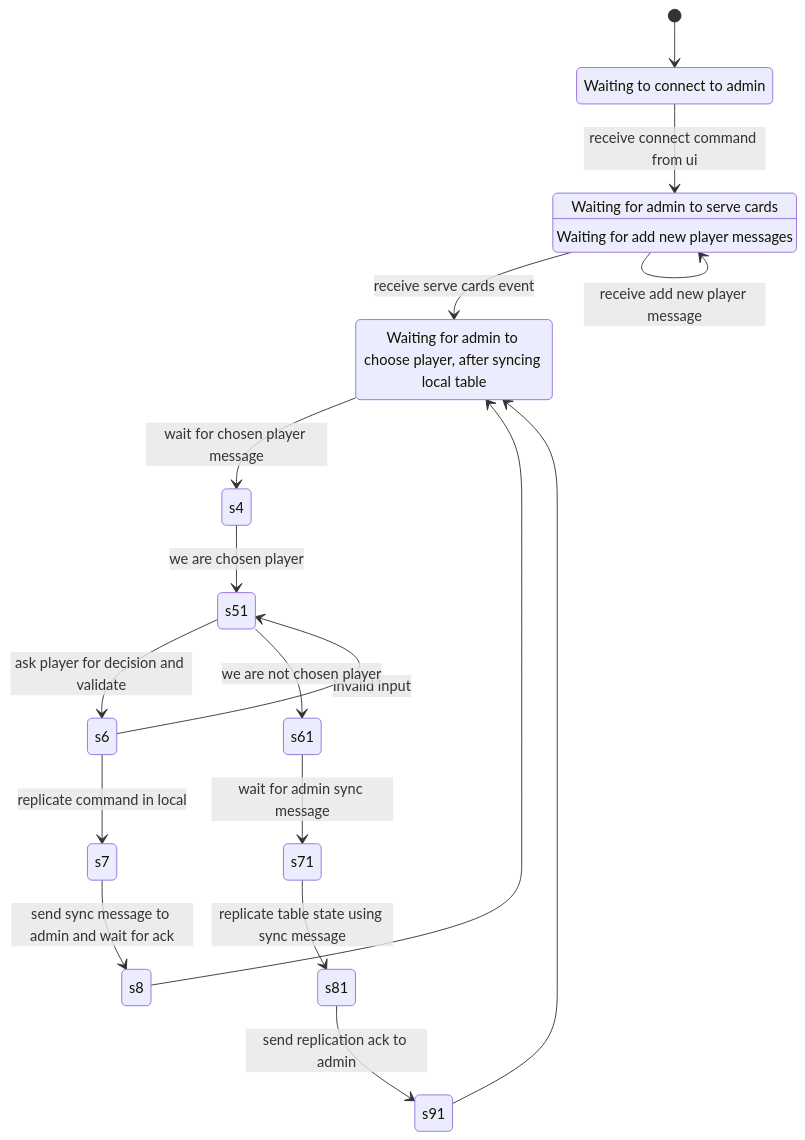
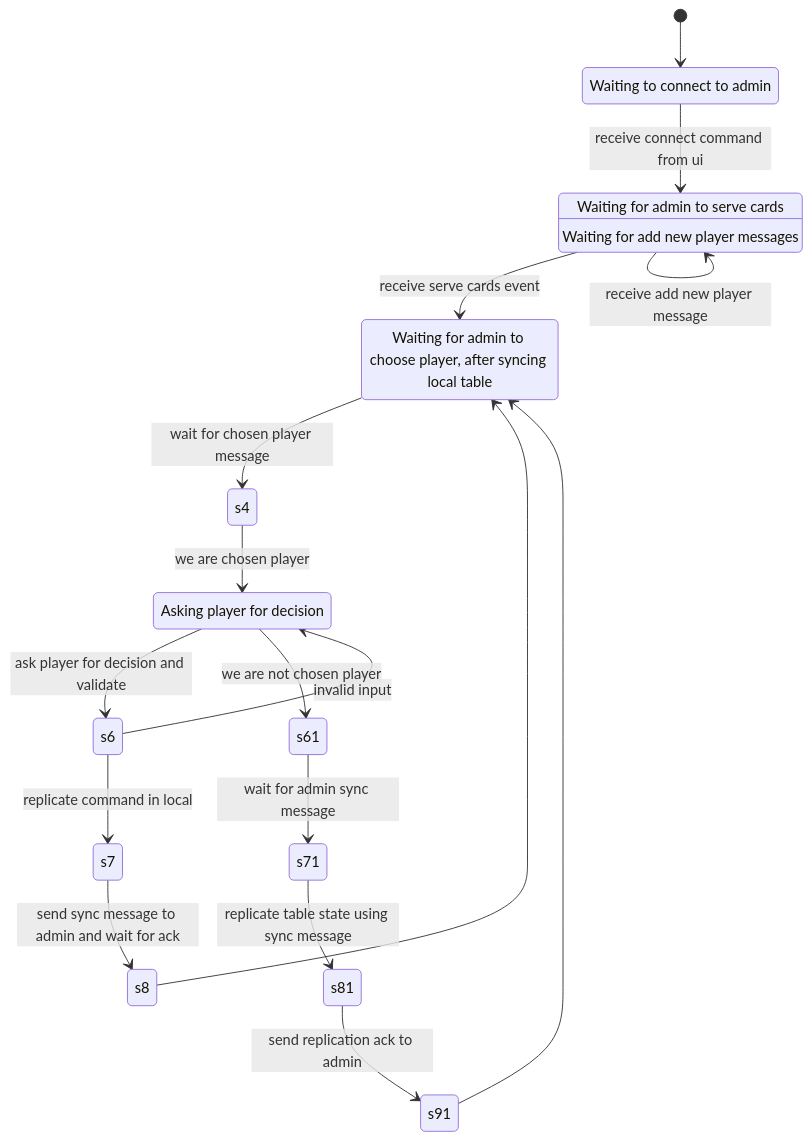
One commit to nrawrx3/uknow changed the second of 2 diagrams in design.md. Above: the diagram before and after it, drawn with Mermaid. The commit also changed other lines of this file and 16 other files, not shown here.

````diff
--- a/design.md
+++ b/design.md
@@ -82,41 +82,42 @@
 ```mermaid
 stateDiagram-v2
 
 	state "Waiting to connect to admin" as s1
 	state "Waiting for admin to serve cards" as s2
 	state "Waiting for add new player messages" as s2
 	state "Waiting for admin to choose player, after syncing local table" as s3
+	state "Asking player for decision" as s51
 
 
 	[*] --> s1
 
 	s1 --> s2: receive connect command from ui
 
 	s2 --> s3: receive serve cards event
 
 	s2 --> s2: receive add new player message
 
 	s3 --> s4: wait for chosen player message
 
 	s4 --> s51: we are chosen player
 
 	s51 --> s6: ask player for decision and validate
 
 	s6 --> s51: invalid input
 
 	s6 --> s7: replicate command in local
 
 	s7 --> s8: send sync message to admin and wait for ack
 
 	s8 --> s3
 
 	s51 --> s61: we are not chosen player
 
 	s61 --> s71: wait for admin sync message
 
 	s71 --> s81: replicate table state using sync message
 
 	s81 --> s91: send replication ack to admin
 
 	s91 --> s3
 ```
````
